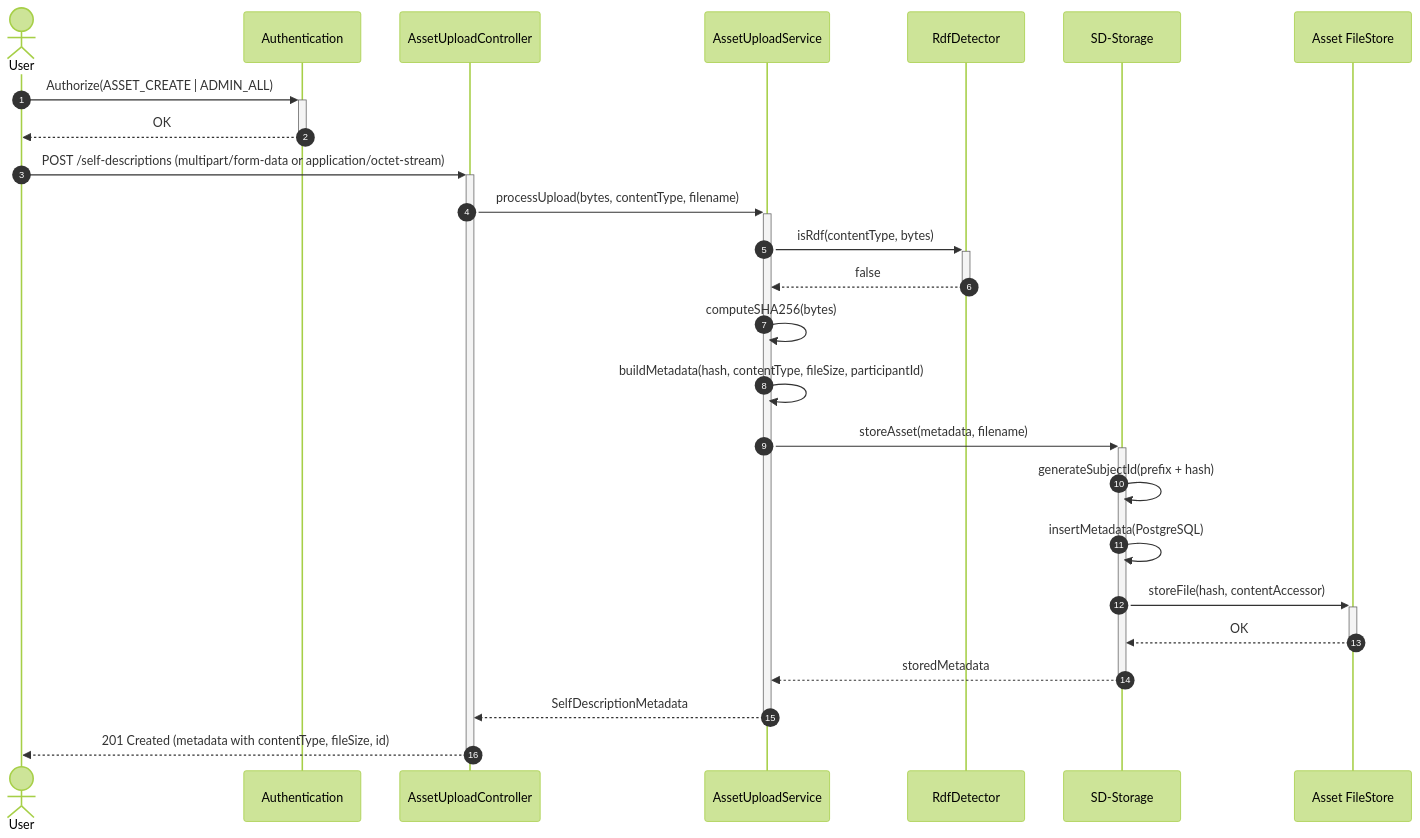
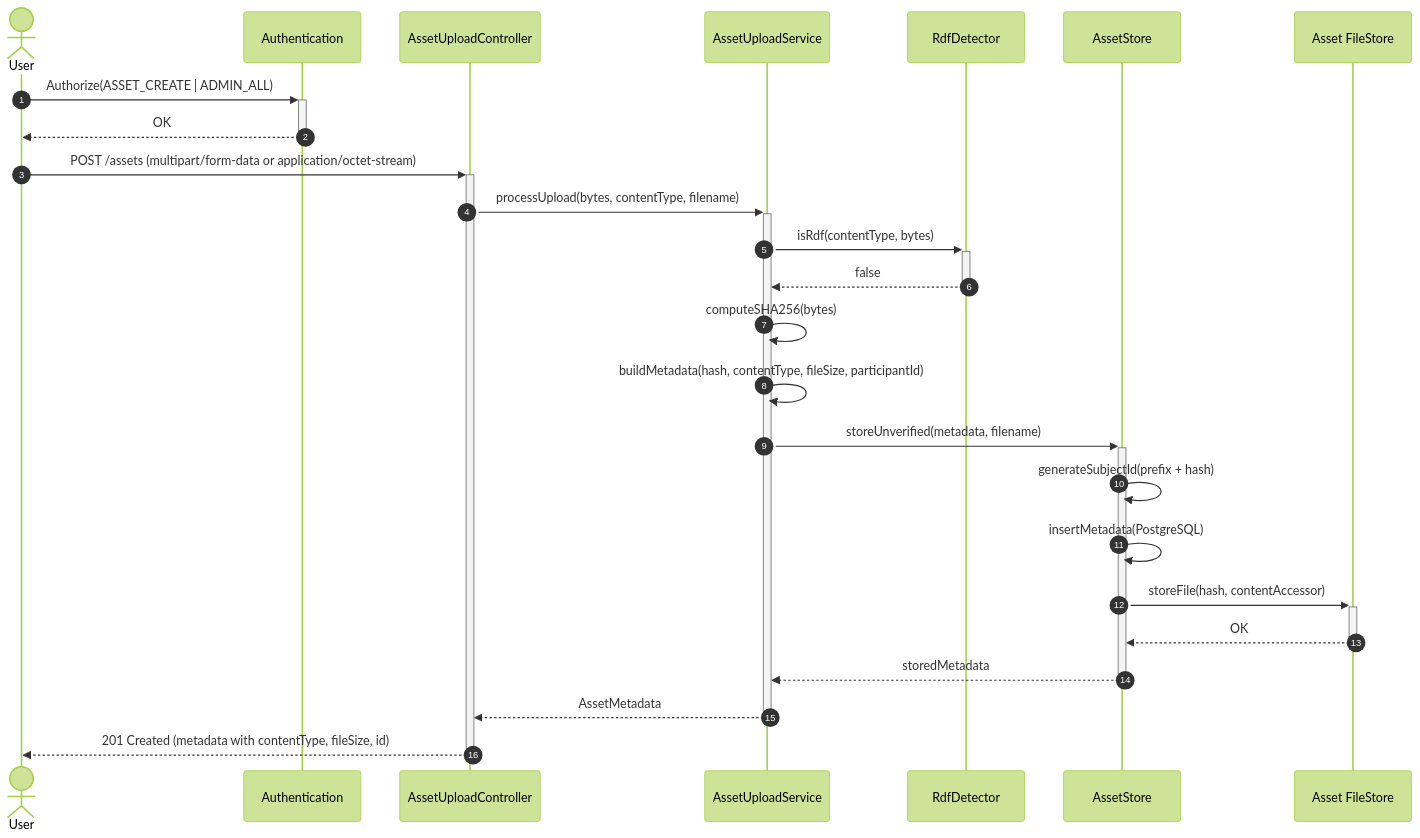
Diagram 18 of 34 in federated-catalogue/src/docs/architecture/chapters/06_runtime_view.adoc (federated-catalogue-enhancements-2026/docs), drawn with Mermaid (forest theme) before and after one commit. The commit also changed other lines of this file and 11 other files, not shown here.

```diff
--- a/federated-catalogue/src/docs/architecture/chapters/06_runtime_view.adoc
+++ b/federated-catalogue/src/docs/architecture/chapters/06_runtime_view.adoc
@@ -622,29 +622,29 @@
 [mermaid, width=2000]
 ....
 sequenceDiagram
     autonumber
     actor User
     participant Auth as Authentication
     participant API as AssetUploadController
     participant Service as AssetUploadService
     participant RdfDetector
-    participant SDStore as SD-Storage
+    participant AssetStore as AssetStore
     participant FileStore as Asset FileStore
 
     User ->> + Auth:Authorize(ASSET_CREATE | ADMIN_ALL)
     Auth -->> - User:OK
-    User ->> + API:POST /self-descriptions (multipart/form-data or application/octet-stream)
+    User ->> + API:POST /assets (multipart/form-data or application/octet-stream)
     API ->> + Service:processUpload(bytes, contentType, filename)
     Service ->> + RdfDetector:isRdf(contentType, bytes)
     RdfDetector -->> - Service:false
     Service ->> Service:computeSHA256(bytes)
     Service ->> Service:buildMetadata(hash, contentType, fileSize, participantId)
-    Service ->> + SDStore:storeAsset(metadata, filename)
-    SDStore ->> SDStore:generateSubjectId(prefix + hash)
-    SDStore ->> SDStore:insertMetadata(PostgreSQL)
-    SDStore ->> + FileStore:storeFile(hash, contentAccessor)
-    FileStore -->> - SDStore:OK
-    SDStore -->> - Service:storedMetadata
-    Service -->> - API:SelfDescriptionMetadata
+    Service ->> + AssetStore:storeUnverified(metadata, filename)
+    AssetStore ->> AssetStore:generateSubjectId(prefix + hash)
+    AssetStore ->> AssetStore:insertMetadata(PostgreSQL)
+    AssetStore ->> + FileStore:storeFile(hash, contentAccessor)
+    FileStore -->> - AssetStore:OK
+    AssetStore -->> - Service:storedMetadata
+    Service -->> - API:AssetMetadata
     API -->> - User:201 Created (metadata with contentType, fileSize, id)
 ....
```
